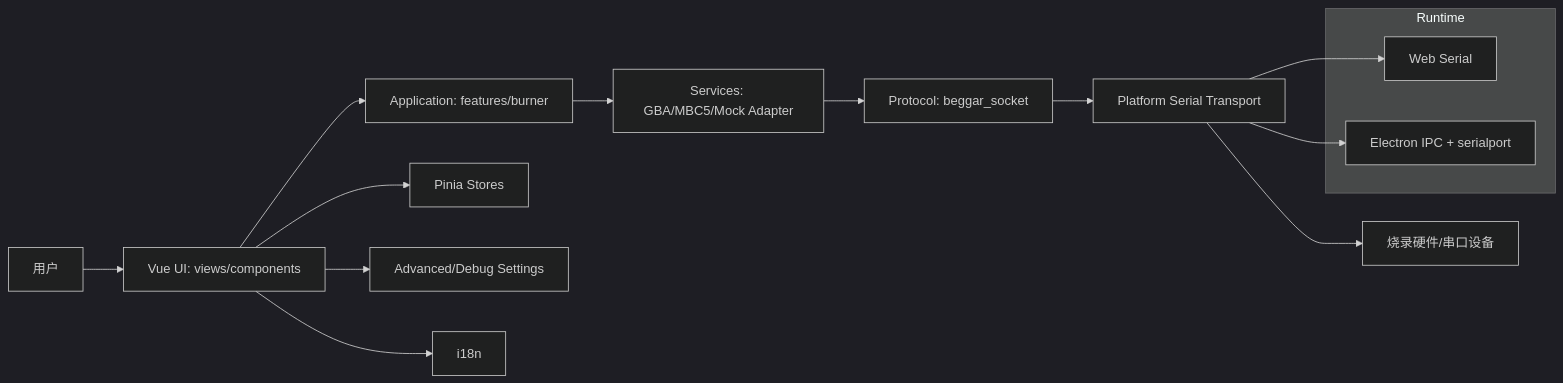
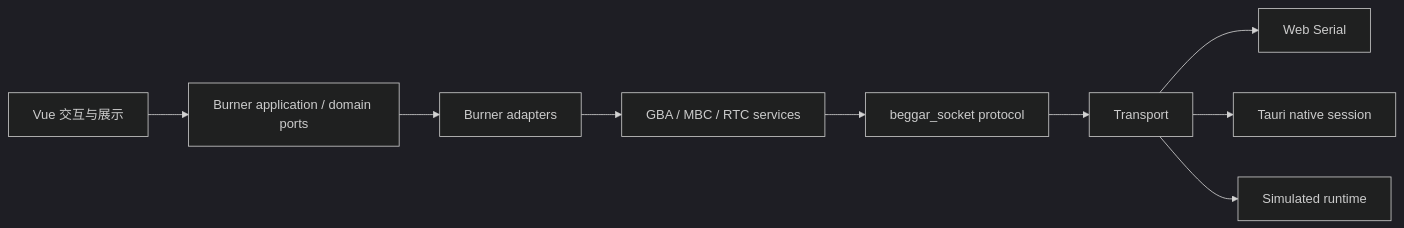
One commit to tautcony/beggar_socket changed the diagram in web-client/docs/modules/00-overview.md. Above: the diagram before and after it, drawn with Mermaid (dark theme). The commit also changed other lines of this file and 19 other files, not shown here.

Commit message:
docs(web-client): reconcile architecture and verified finding status

````diff
--- a/web-client/docs/modules/00-overview.md
+++ b/web-client/docs/modules/00-overview.md
@@ -13,21 +5,11 @@
 ```mermaid
 flowchart LR
-  User[用户] --> UI[Vue UI: views/components]
-  UI --> App[Application: features/burner]
-  App --> Adapter[Services: GBA/MBC5/Mock Adapter]
-  Adapter --> Protocol[Protocol: beggar_socket]
-  Protocol --> Transport[Platform Serial Transport]
-  Transport --> HW[烧录硬件/串口设备]
-
-  UI --> Store[Pinia Stores]
-  UI --> Settings[Advanced/Debug Settings]
-  UI --> I18N[i18n]
-
-  subgraph Runtime
-    Web[Web Serial]
-    Electron[Electron IPC + serialport]
-  end
-
-  Transport --> Web
-  Transport --> Electron
+  UI[Vue 交互与展示] --> App[Burner application / domain ports]
+  App --> Ports[Burner adapters]
+  Ports --> Services[GBA / MBC / RTC services]
+  Services --> Protocol[beggar_socket protocol]
+  Protocol --> Transport[Transport]
+  Transport --> Web[Web Serial]
+  Transport --> Tauri[Tauri native session]
+  Transport --> Sim[Simulated runtime]
 ```
````
